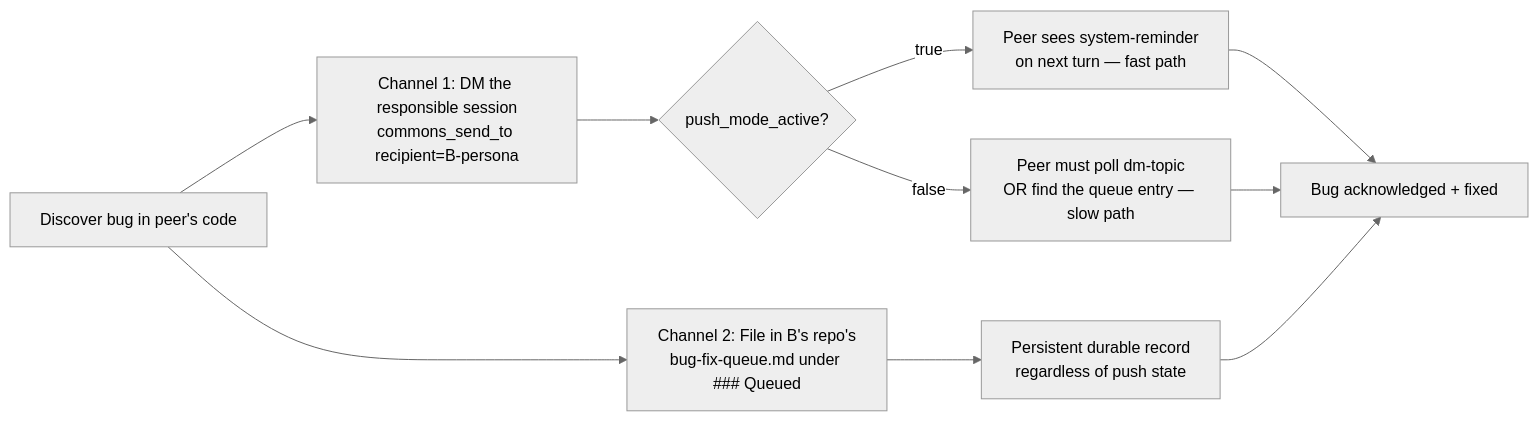
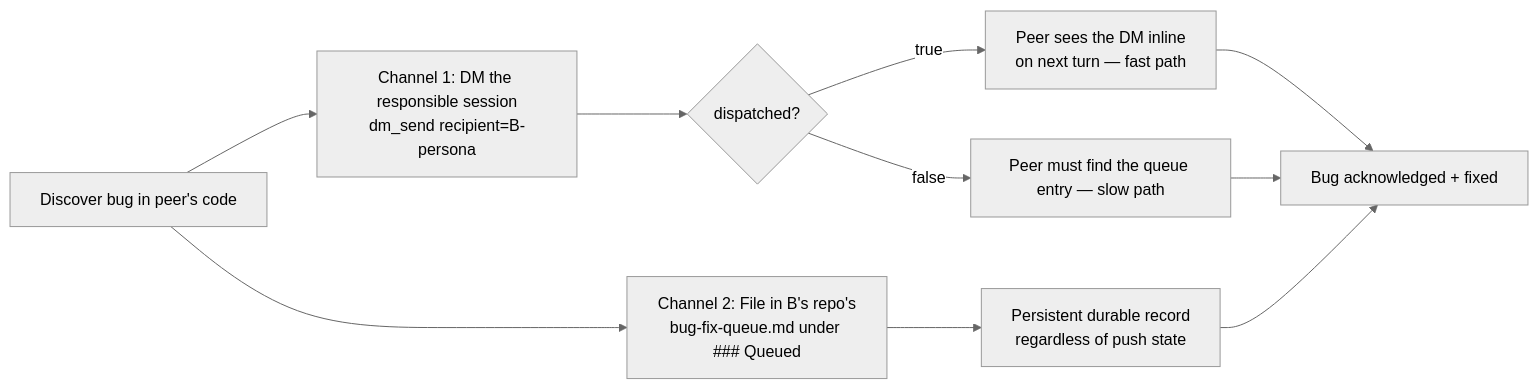
One commit to deepily/planning-is-prompting changed the second of 2 diagrams in workflow/cross-session-communication.md. Above: the diagram before and after it, drawn with Mermaid (neutral theme). The commit also changed other lines of this file and 6 other files, not shown here.

````diff
--- a/workflow/cross-session-communication.md
+++ b/workflow/cross-session-communication.md
@@ -247,12 +244,12 @@
 ```mermaid
 flowchart LR
-    A[Discover bug in peer's code] --> B[Channel 1: DM the responsible session<br/>commons_send_to recipient=B-persona]
+    A[Discover bug in peer's code] --> B[Channel 1: DM the responsible session<br/>dm_send recipient=B-persona]
     A --> C[Channel 2: File in B's repo's<br/>bug-fix-queue.md under ### Queued]
-    B --> D{push_mode_active?}
-    D -->|true| E[Peer sees system-reminder<br/>on next turn — fast path]
-    D -->|false| F[Peer must poll dm-topic<br/>OR find the queue entry — slow path]
+    B --> D{dispatched?}
+    D -->|true| E[Peer sees the DM inline<br/>on next turn — fast path]
+    D -->|false| F[Peer must find the queue entry — slow path]
     C --> G[Persistent durable record<br/>regardless of push state]
     E --> H[Bug acknowledged + fixed]
     F --> H
     G --> H
 ```
````
